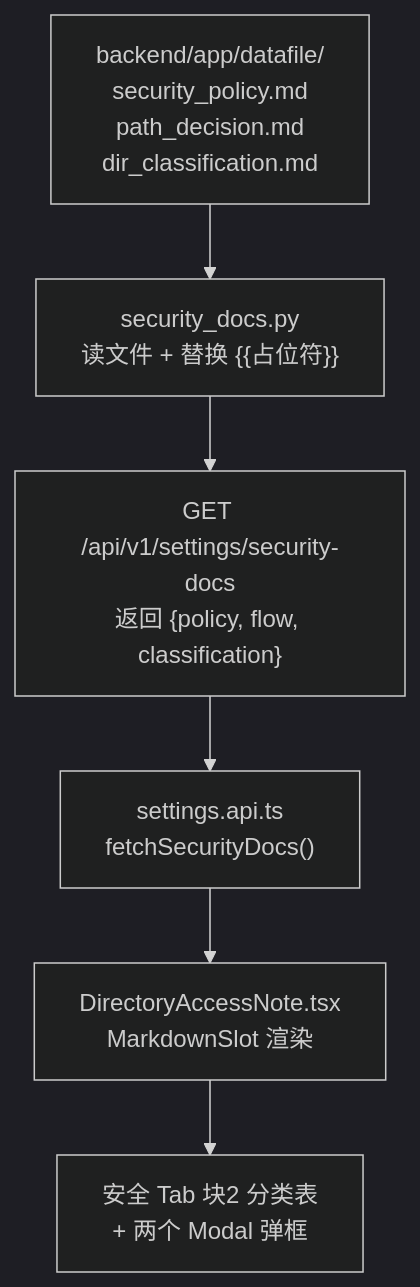
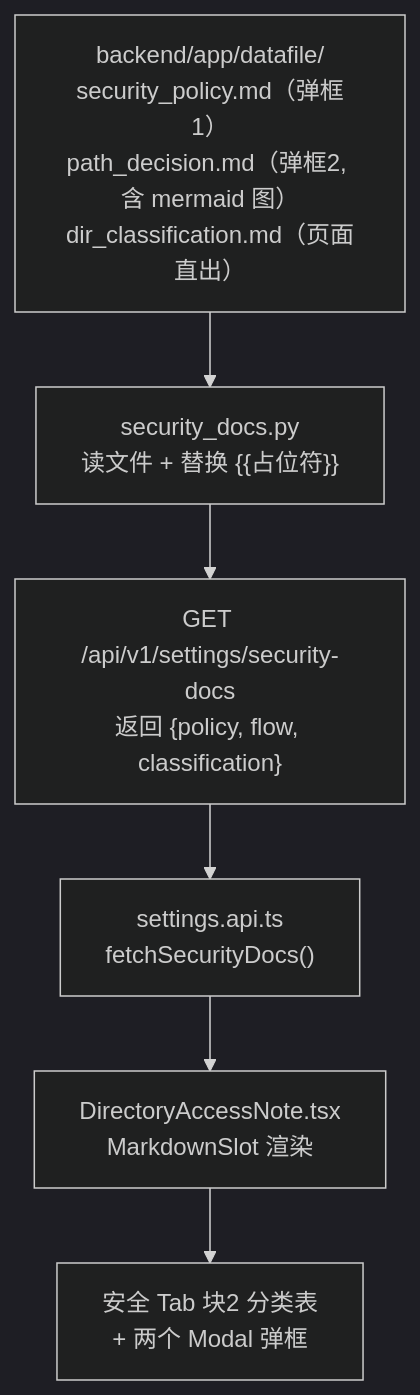
Before and after one commit to joshuachendyb/OmniAgentAst: the second of 2 diagrams in doc-10月优化/[11]会话事务workspace及插话开关设计-小欧-2026-10-06.md, drawn with Mermaid (dark theme). The commit also changed other lines of this file, not shown here.

Commit message:
docs:[11]会话事务workspace及插话开关设计 一致性复查修8项+mermaid落定+ASCII纯文本版恢复+守护测试增至9条+验证门扩至10项+safety_gate路径修正 - 小欧-2026-10-06

````diff
--- a/doc-10月优化/[11]会话事务workspace及插话开关设计-小欧-2026-10-06.md
+++ b/doc-10月优化/[11]会话事务workspace及插话开关设计-小欧-2026-10-06.md
@@ -1334,11 +1472,11 @@
 ```mermaid
 graph TD
-    A["backend/app/datafile/<br/>security_policy.md<br/>path_decision.md<br/>dir_classification.md"]
+    A["backend/app/datafile/<br/>security_policy.md（弹框1）<br/>path_decision.md（弹框2, 含 mermaid 图）<br/>dir_classification.md（页面直出）"]
     B["security_docs.py<br/>读文件 + 替换 {{占位符}}"]
     C["GET /api/v1/settings/security-docs<br/>返回 {policy, flow, classification}"]
     D["settings.api.ts<br/>fetchSecurityDocs()"]
     E["DirectoryAccessNote.tsx<br/>MarkdownSlot 渲染"]
     F["安全 Tab 块2 分类表<br/>+ 两个 Modal 弹框"]
 
     A --> B --> C --> D --> E --> F
 ```
````
